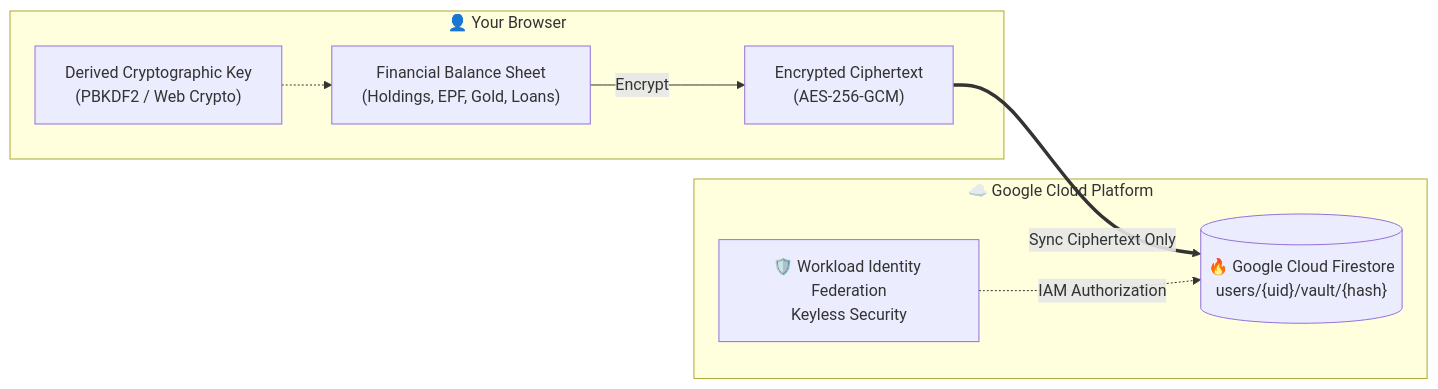
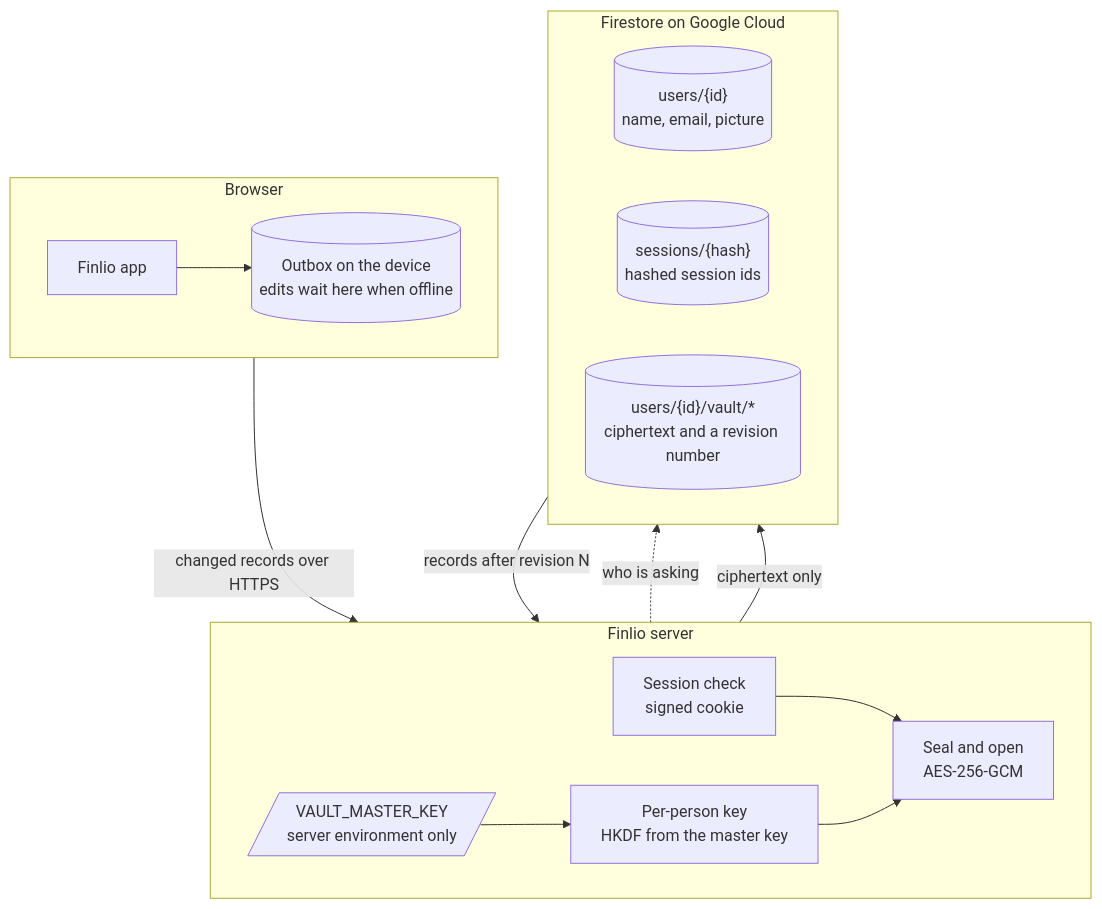
The second of 2 diagrams in README.md (Gokulakrishnxn/Finlioo), drawn with Mermaid before and after one commit. The commit also changed other lines of this file, not shown here.

Commit message:
docs: rewrite the README with clear setup, data-flow diagrams and accurate claims

````diff
--- a/README.md
+++ b/README.md
@@ -216,19 +116,31 @@
 ```mermaid
-flowchart LR
-    subgraph Device["👤 Your Browser"]
-        Data["Financial Balance Sheet<br/>(Holdings, EPF, Gold, Loans)"]
-        Key["Derived Cryptographic Key<br/>(PBKDF2 / Web Crypto)"]
-        Vault["Encrypted Ciphertext<br/>(AES-256-GCM)"]
-        
-        Data -->|Encrypt| Vault
-        Key -.-> Data
+flowchart TB
+    subgraph Browser
+        direction LR
+        App["Finlio app"]
+        Outbox[("Outbox on the device<br/>edits wait here when offline")]
+        App --> Outbox
     end
 
-    subgraph GoogleCloud["☁️ Google Cloud Platform"]
-        Firestore[("🔥 Google Cloud Firestore<br/>users/{uid}/vault/{hash}")]
-        OIDC["🛡️ Workload Identity Federation<br/>Keyless Security"]
+    subgraph Server["Finlio server"]
+        direction LR
+        Session["Session check<br/>signed cookie"]
+        Seal["Seal and open<br/>AES-256-GCM"]
+        Key["Per-person key<br/>HKDF from the master key"]
+        Master[/"VAULT_MASTER_KEY<br/>server environment only"/]
+        Session --> Seal
+        Master --> Key --> Seal
     end
 
-    Vault ==>|"Sync Ciphertext Only"| Firestore
-    OIDC -.->|"IAM Authorization"| Firestore
+    subgraph Firestore["Firestore on Google Cloud"]
+        direction LR
+        Users[("users/{id}<br/>name, email, picture")]
+        Sessions[("sessions/{hash}<br/>hashed session ids")]
+        Vault[("users/{id}/vault/*<br/>ciphertext and a revision number")]
+    end
+
+    Outbox -- "changed records over HTTPS" --> Session
+    Session -. "who is asking" .-> Sessions
+    Seal -- "ciphertext only" --> Vault
+    Vault -- "records after revision N" --> Seal
 ```
````
